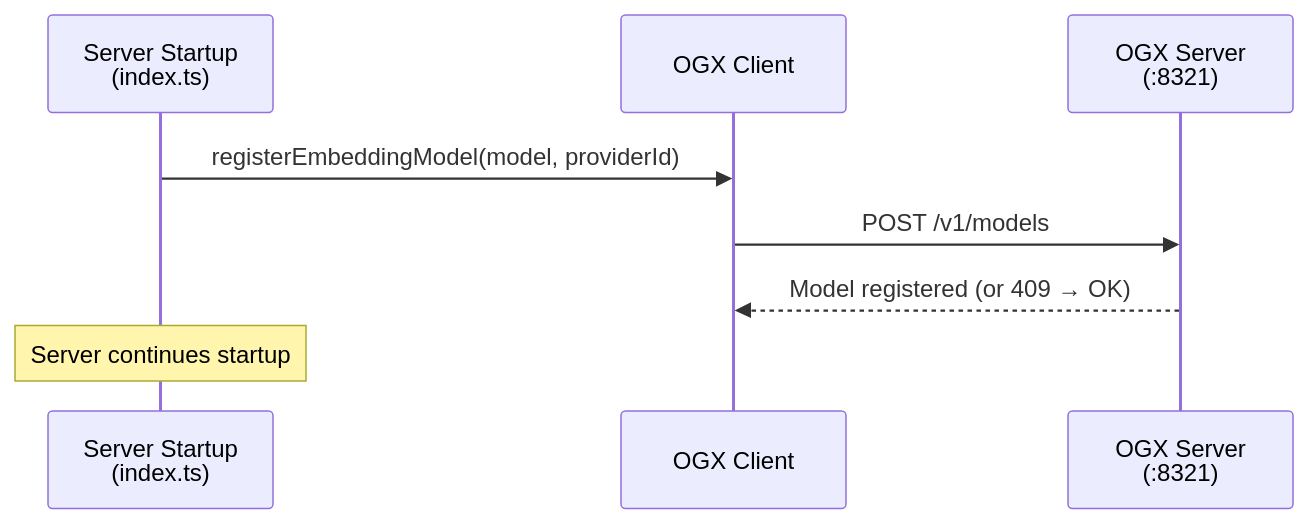
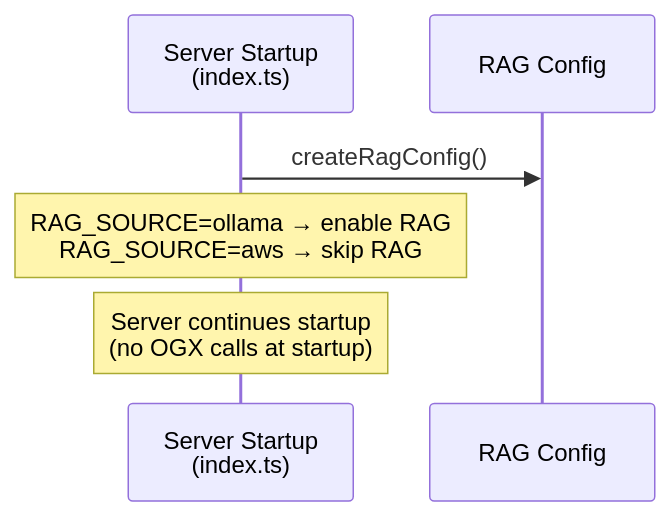
The second of 4 diagrams in .kiro/specs/rag-document-ingestion/design.md (mataguchi77/ogx-exp), drawn with Mermaid before and after one commit. The commit also changed other lines of this file and 3 other files, not shown here.

Commit message:
added explanation and a diagram of the ogx file processing pipeline

````diff
--- a/.kiro/specs/rag-document-ingestion/design.md
+++ b/.kiro/specs/rag-document-ingestion/design.md
@@ -24,11 +79,9 @@
 ```mermaid
 sequenceDiagram
     participant Main as Server Startup<br/>(index.ts)
-    participant OgxClient as OGX Client
-    participant OGX as OGX Server<br/>(:8321)
+    participant RagConfig as RAG Config
 
-    Main->>OgxClient: registerEmbeddingModel(model, providerId)
-    OgxClient->>OGX: POST /v1/models
-    OGX-->>OgxClient: Model registered (or 409 → OK)
-    Note over Main: Server continues startup
+    Main->>RagConfig: createRagConfig()
+    Note over Main: RAG_SOURCE=ollama → enable RAG<br/>RAG_SOURCE=aws → skip RAG
+    Note over Main: Server continues startup<br/>(no OGX calls at startup)
 ```
````
